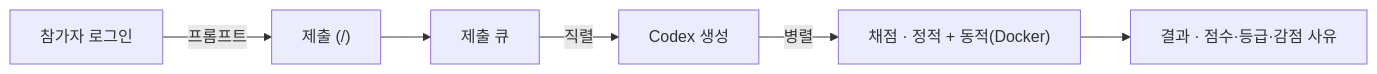
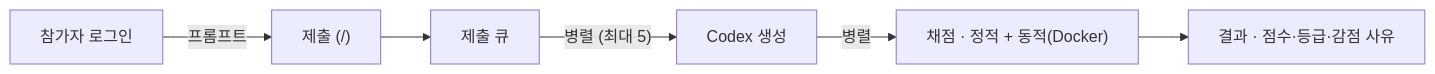
One commit to Nekonic/vibe-security-score changed the diagram in README.md. Above: the diagram before and after it, drawn with Mermaid. The commit also changed other lines of this file and 40 other files, not shown here.

````diff
--- a/README.md
+++ b/README.md
@@ -7,8 +7,8 @@
 ```mermaid
 flowchart LR
     U[참가자 로그인] -->|프롬프트| S["제출 (/)"]
     S --> Q[제출 큐]
-    Q -->|직렬| G[Codex 생성]
+    Q -->|"병렬 (최대 5)"| G[Codex 생성]
     G -->|병렬| SC["채점 · 정적 + 동적(Docker)"]
     SC --> R["결과 · 점수·등급·감점 사유"]
 ```
````
